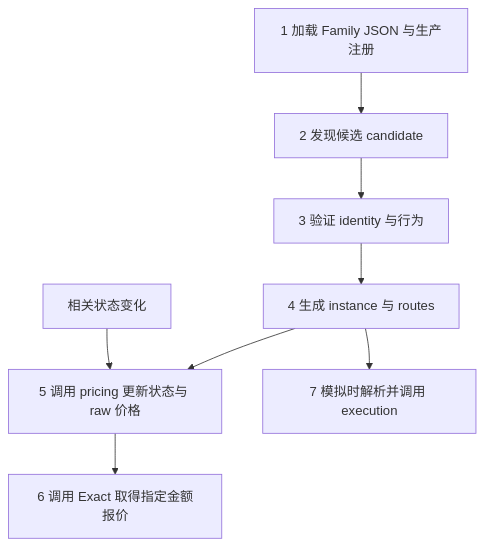
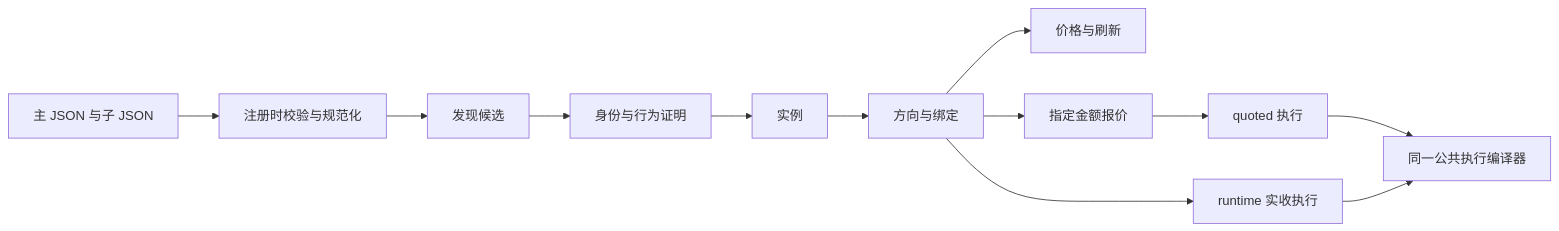
The diagram in docs/research/design/erc4626-declarative-production-architecture-20261027.md (EuniceLeeee/c0ffeebabe.eth), drawn with Mermaid before and after one commit. The commit also changed other lines of this file and 49 other files, not shown here.

First line of the commit message:
refactor(family): compile ERC4626 protocol semantics from JSON

````diff
--- a/docs/research/design/erc4626-declarative-production-architecture-20261027.md
+++ b/docs/research/design/erc4626-declarative-production-architecture-20261027.md
@@ -17,10 +25,14 @@
 ```mermaid
-flowchart TD
-  A[1 加载 Family JSON 与生产注册] --> B[2 发现候选 candidate]
-  B --> C[3 验证 identity 与行为]
-  C --> D[4 生成 instance 与 routes]
-  D --> E[5 调用 pricing 更新状态与 raw 价格]
-  E --> F[6 调用 Exact 取得指定金额报价]
-  D --> G[7 模拟时解析并调用 execution]
-  N[相关状态变化] --> E
+flowchart LR
+    A[主 JSON 与子 JSON] --> B[注册时校验与规范化]
+    B --> C[发现候选]
+    C --> D[身份与行为证明]
+    D --> E[实例]
+    E --> F[方向与绑定]
+    F --> G[价格与刷新]
+    F --> H[指定金额报价]
+    H --> I[quoted 执行]
+    F --> J[runtime 实收执行]
+    I --> K[同一公共执行编译器]
+    J --> K
 ```
````
